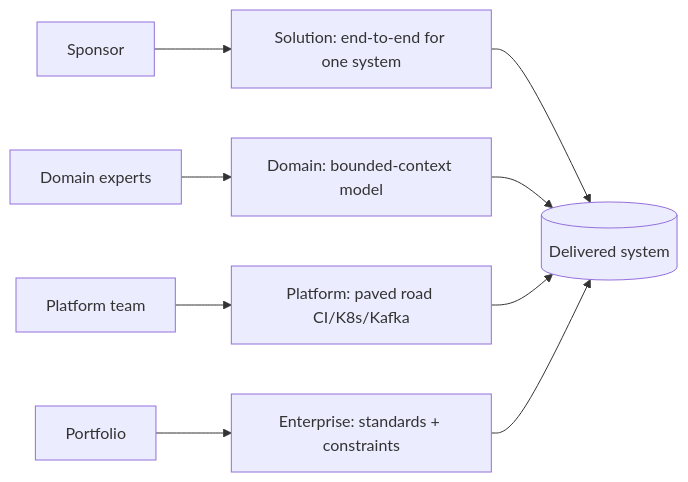
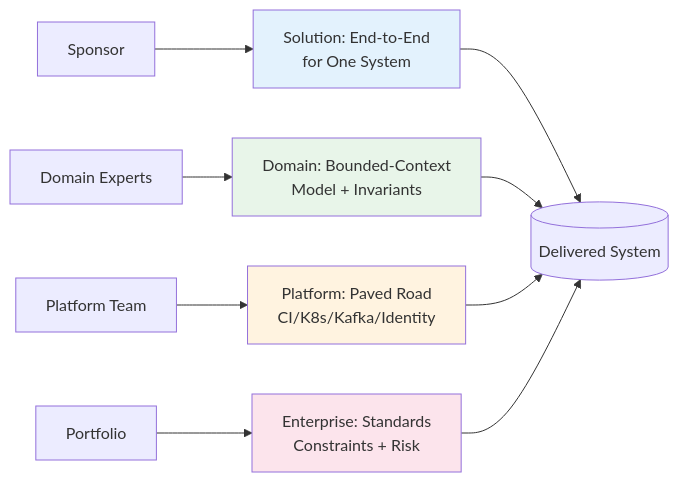
Before and after one commit to kotiansukesh/Engineering-Knowledge-System: the diagram in Architect/01_Architecture-Foundations/Architect-Roles.md, drawn with Mermaid. The commit also changed other lines of this file and 546 other files, not shown here.

````diff
--- a/Architect/01_Architecture-Foundations/Architect-Roles.md
+++ b/Architect/01_Architecture-Foundations/Architect-Roles.md
@@ -14,11 +25,15 @@
 ```mermaid
 graph LR
- SP[Sponsor] --> SO[Solution: end-to-end for one system]
- DE[Domain experts] --> DO[Domain: bounded-context model]
- PT[Platform team] --> PL[Platform: paved road CI/K8s/Kafka]
- PO[Portfolio] --> EN[Enterprise: standards + constraints]
- SO --> SYS[(Delivered system)]
- DO --> SYS
- PL --> SYS
- EN --> SYS
+    SP[Sponsor] --> SO[Solution: End-to-End<br/>for One System]
+    DE[Domain Experts] --> DO[Domain: Bounded-Context<br/>Model + Invariants]
+    PT[Platform Team] --> PL[Platform: Paved Road<br/>CI/K8s/Kafka/Identity]
+    PO[Portfolio] --> EN[Enterprise: Standards<br/>Constraints + Risk]
+    SO --> SYS[(Delivered System)]
+    DO --> SYS
+    PL --> SYS
+    EN --> SYS
+    style SO fill:#e3f2fd
+    style DO fill:#e8f5e9
+    style PL fill:#fff3e0
+    style EN fill:#fce4ec
 ```
````
